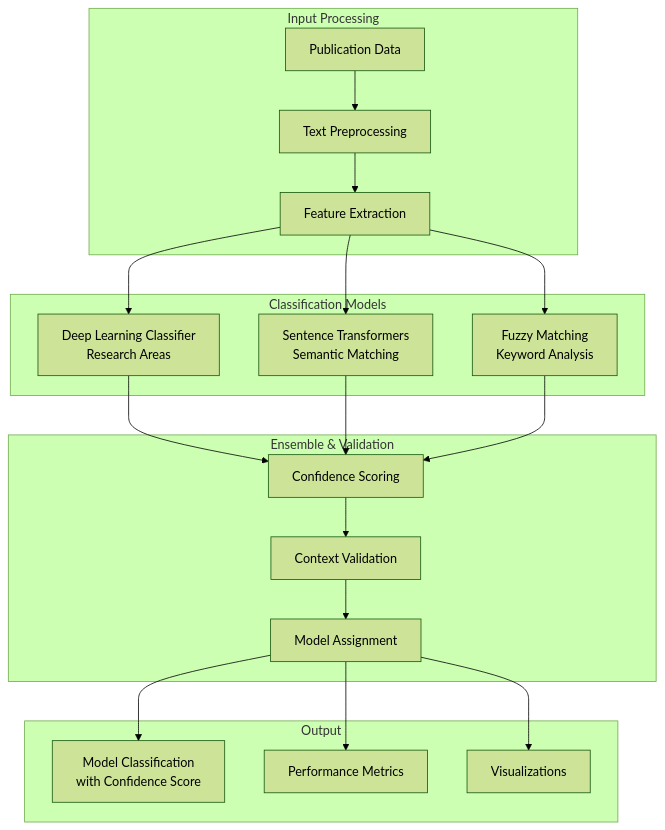
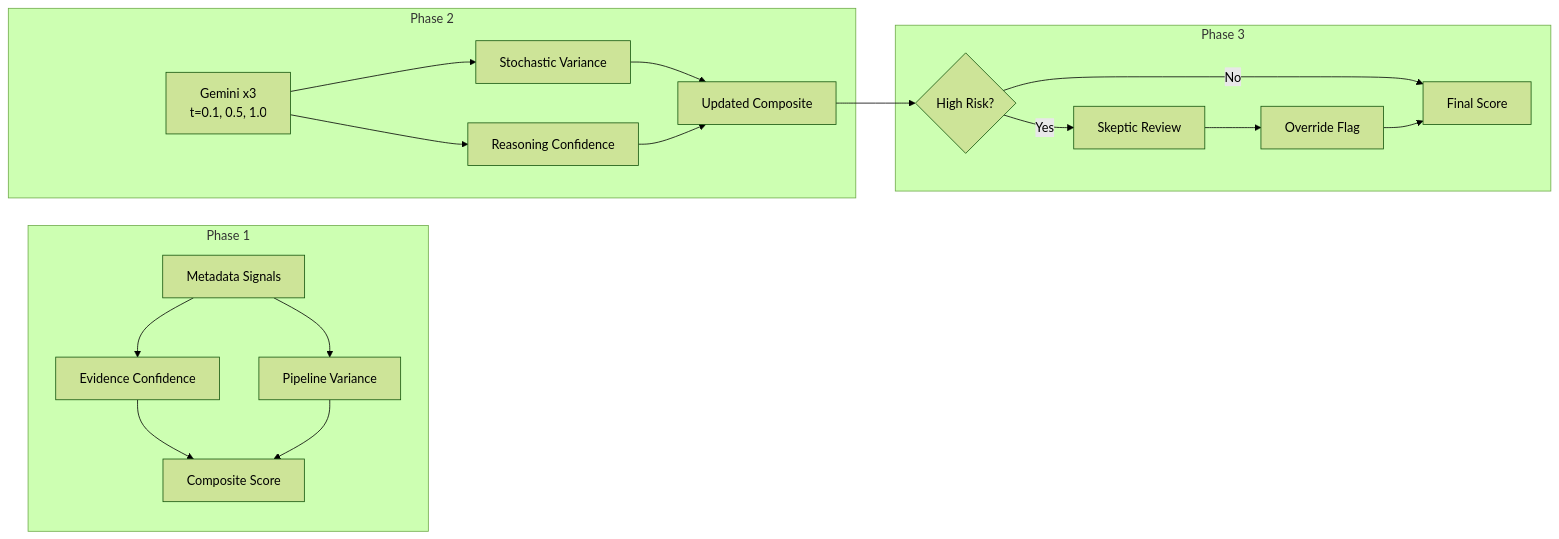
Before and after one commit to nasa-jpl/jeme: the third of 4 diagrams in HOW_IT_WORKS.md, drawn with Mermaid (forest theme). The commit also changed other lines of this file and 39 other files, not shown here.

````diff
--- a/HOW_IT_WORKS.md
+++ b/HOW_IT_WORKS.md
@@ -185,27 +200,24 @@
 ```mermaid
-graph TD
-    subgraph "Input Processing"
-        A[Publication Data] --> B[Text Preprocessing]
-        B --> C[Feature Extraction]
+graph LR
+    subgraph "Phase 1"
+        A[Metadata Signals] --> B[Evidence Confidence]
+        A --> C[Pipeline Variance]
+        B --> D[Composite Score]
+        C --> D
     end
-    
-    subgraph "Classification Models"
-        C --> D[Deep Learning Classifier<br/>Research Areas]
-        C --> E[Sentence Transformers<br/>Semantic Matching]
-        C --> F[Fuzzy Matching<br/>Keyword Analysis]
+
+    subgraph "Phase 2"
+        E[Gemini x3<br/>t=0.1, 0.5, 1.0] --> F[Stochastic Variance]
+        E --> G[Reasoning Confidence]
+        F --> H[Updated Composite]
+        G --> H
     end
-    
-    subgraph "Ensemble & Validation"
-        D --> G[Confidence Scoring]
-        E --> G
-        F --> G
-        G --> H[Context Validation]
-        H --> I[Model Assignment]
-    end
-    
-    subgraph "Output"
-        I --> J[Model Classification<br/>with Confidence Score]
-        I --> K[Performance Metrics]
-        I --> L[Visualizations]
+
+    subgraph "Phase 3"
+        H --> I{High Risk?}
+        I -->|Yes| J[Skeptic Review]
+        J --> K[Override Flag]
+        I -->|No| L[Final Score]
+        K --> L
     end
 ```
````
